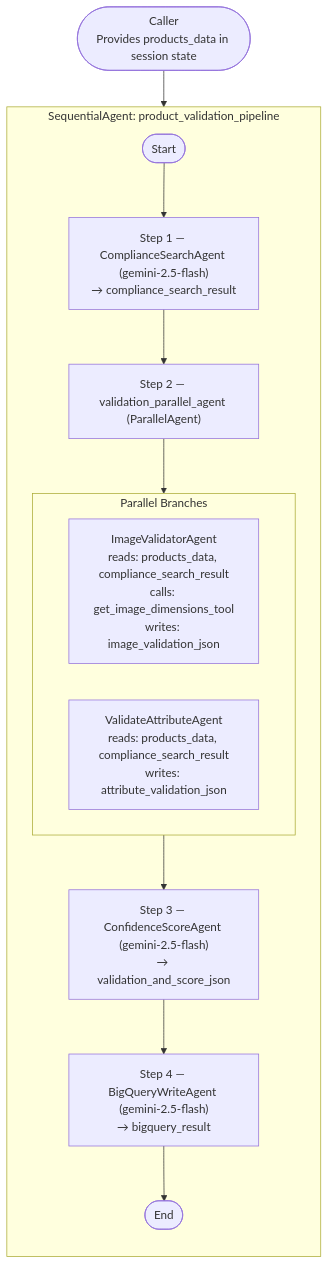
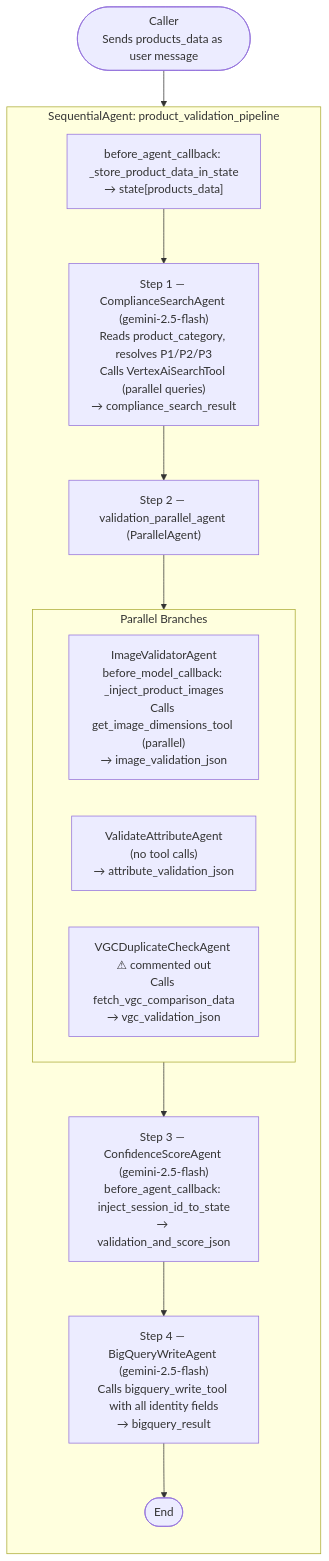
One commit to rvemula-deloitte/poc-image-features changed the diagram in docs/technical_design_document.md. Above: the diagram before and after it, drawn with Mermaid. The commit also changed other lines of this file and 1 other file, not shown here.

````diff
--- a/docs/technical_design_document.md
+++ b/docs/technical_design_document.md
@@ -372,23 +509,25 @@
 ```mermaid
 flowchart TD
-  A([Caller\nProvides products_data in session state]) --> ROOT
+  A([Caller\nSends products_data as user message]) --> ROOT
 
   subgraph ROOT["SequentialAgent: product_validation_pipeline"]
     direction TB
 
-    S1["Step 1 — ComplianceSearchAgent (gemini-2.5-flash)\n→ compliance_search_result"]
+    CB["before_agent_callback: _store_product_data_in_state\n→ state[products_data]"]
+    S1["Step 1 — ComplianceSearchAgent (gemini-2.5-flash)\nReads product_category, resolves P1/P2/P3\nCalls VertexAiSearchTool (parallel queries)\n→ compliance_search_result"]
     S2["Step 2 — validation_parallel_agent (ParallelAgent)"]
-    S3["Step 3 — ConfidenceScoreAgent (gemini-2.5-flash)\n→ validation_and_score_json"]
-    S4["Step 4 — BigQueryWriteAgent (gemini-2.5-flash)\n→ bigquery_result"]
+    S3["Step 3 — ConfidenceScoreAgent (gemini-2.5-flash)\nbefore_agent_callback: inject_session_id_to_state\n→ validation_and_score_json"]
+    S4["Step 4 — BigQueryWriteAgent (gemini-2.5-flash)\nCalls bigquery_write_tool with all identity fields\n→ bigquery_result"]
 
-    ROOT_START([Start]) --> S1 --> S2
+    CB --> S1 --> S2
 
     subgraph PAR["Parallel Branches"]
       direction LR
-      B1["ImageValidatorAgent\nreads: products_data, compliance_search_result\ncalls: get_image_dimensions_tool\nwrites: image_validation_json"]
-      B2["ValidateAttributeAgent\nreads: products_data, compliance_search_result\nwrites: attribute_validation_json"]
+      B1["ImageValidatorAgent\nbefore_model_callback: _inject_product_images\nCalls get_image_dimensions_tool (parallel)\n→ image_validation_json"]
+      B2["ValidateAttributeAgent\n(no tool calls)\n→ attribute_validation_json"]
+      B3["VGCDuplicateCheckAgent ⚠ commented out\nCalls fetch_vgc_comparison_data\n→ vgc_validation_json"]
     end
 
     S2 --> PAR --> S3 --> S4 --> ROOT_END([End])
   end
 ```
````
